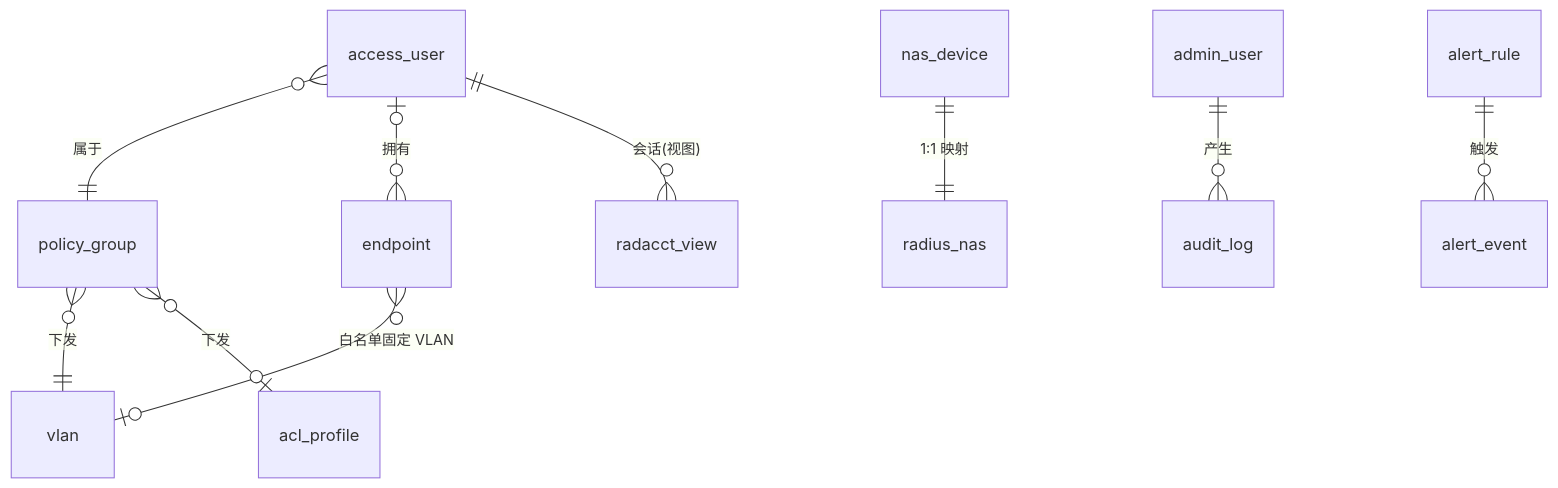
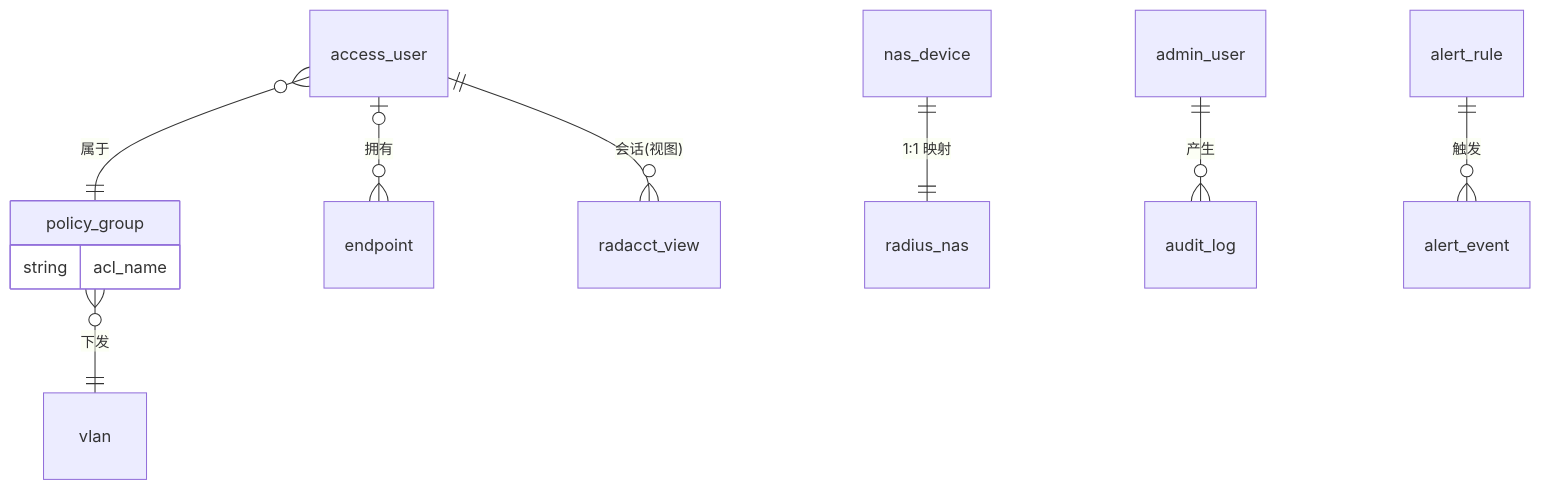
The first of 2 diagrams in docs/02-domain-model.md (zopiya/openredius), drawn with Mermaid before and after one commit. The commit also changed other lines of this file and 15 other files, not shown here.

````diff
--- a/docs/02-domain-model.md
+++ b/docs/02-domain-model.md
@@ -41,12 +41,13 @@
 ```mermaid
 erDiagram
   access_user }o--|| policy_group : "属于"
   access_user |o--o{ endpoint : "拥有"
-  endpoint }o--o| vlan : "白名单固定 VLAN"
   policy_group }o--|| vlan : "下发"
-  policy_group }o--o| acl_profile : "下发"
+  policy_group {
+    string acl_name
+  }
   nas_device ||--|| radius_nas : "1:1 映射"
   admin_user ||--o{ audit_log : "产生"
   alert_rule ||--o{ alert_event : "触发"
   access_user ||--o{ radacct_view : "会话(视图)"
 ```
````
